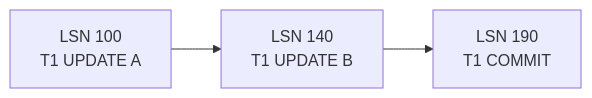
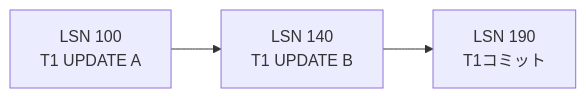
The second of 6 diagrams in src/content/docs/04-transactions/12-wal-recovery.md (hirunebot/database-systems-book), drawn with Mermaid before and after one commit. The commit also changed other lines of this file and 42 other files, not shown here.

````diff
--- a/src/content/docs/04-transactions/12-wal-recovery.md
+++ b/src/content/docs/04-transactions/12-wal-recovery.md
@@ -110,5 +110,5 @@
 ```mermaid
 flowchart LR
     L100["LSN 100<br/>T1 UPDATE A"] --> L140["LSN 140<br/>T1 UPDATE B"]
-    L140 --> L190["LSN 190<br/>T1 COMMIT"]
+    L140 --> L190["LSN 190<br/>T1コミット"]
 ```
````
